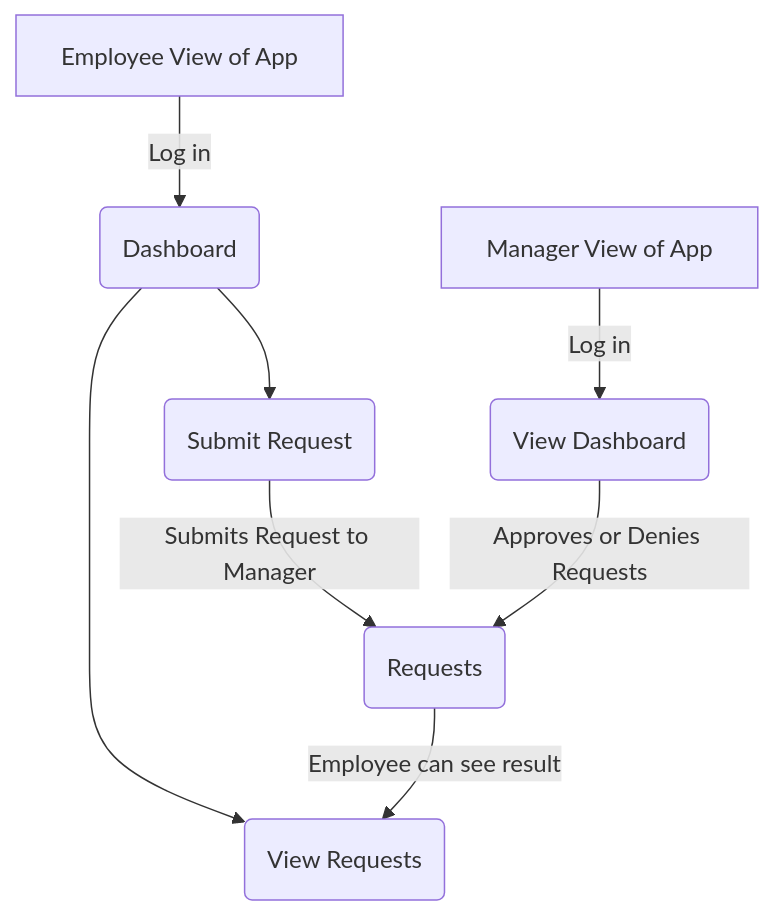
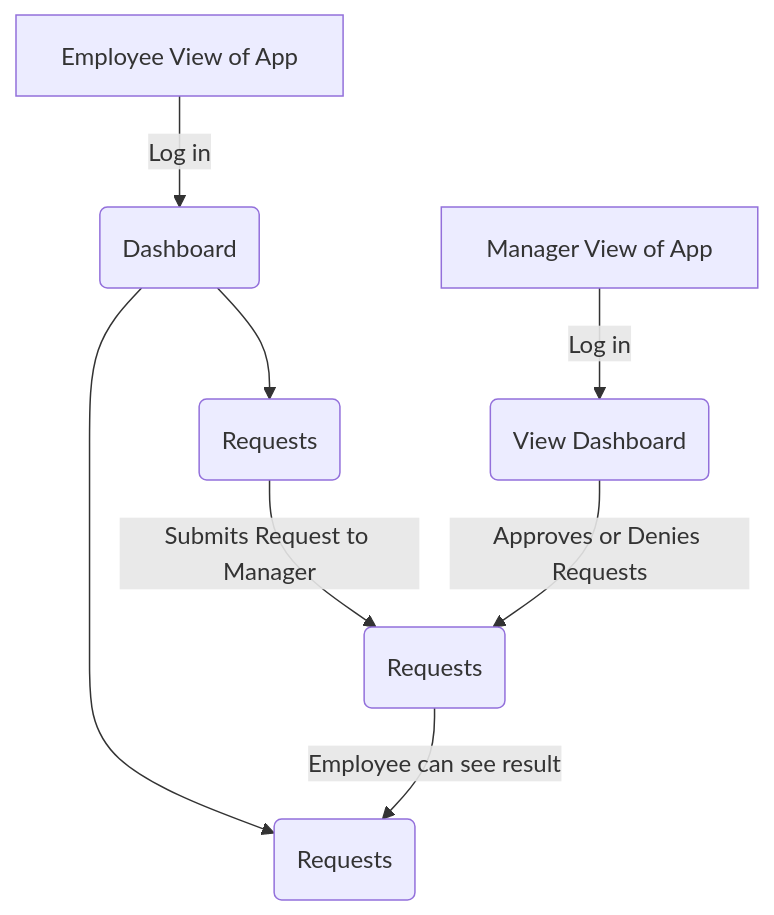
The fourth of 5 diagrams in README.md (KeeganKnapp/CapstoneProject), drawn with Mermaid before and after one commit.

Commit message:
flowchart tweak

````diff
--- a/README.md
+++ b/README.md
@@ -113,12 +113,12 @@
 ```mermaid
 flowchart TD
     A["Employee View of App"] -- Log in --> B("Dashboard")
-    B --> C("Submit Request")
+    B --> C("Requests")
     C -- Submits Request to Manager --> O
-    B --> F("View Requests")
+    B --> F("Requests")
     O -- Employee can see result --> F
 
 
     E["Manager View of App"] -- Log in --> J("View Dashboard")
     J -- Approves or Denies Requests --> O("Requests")
 ```
````
